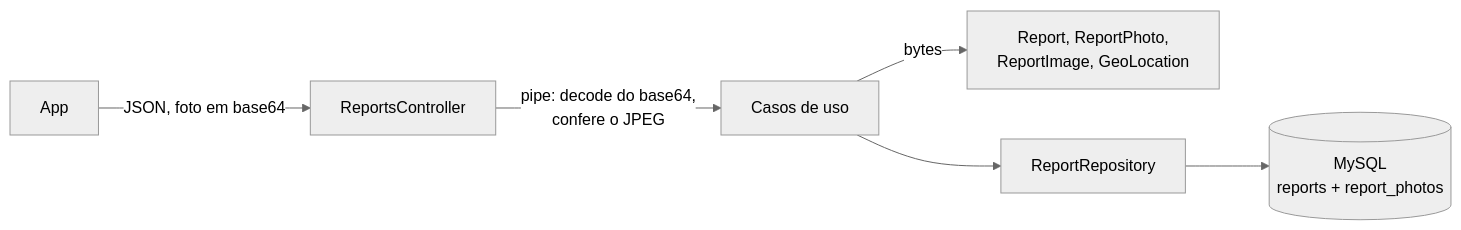
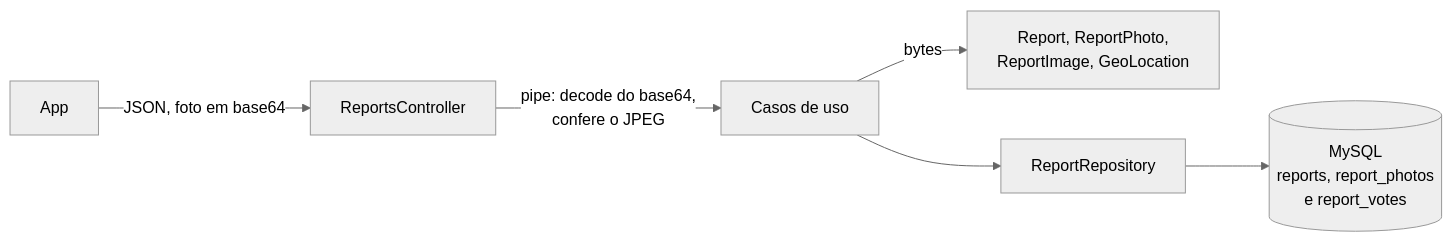
One commit to jgtsuchiya/projeto_integrador_reportaAiCm_backend changed the first of 4 diagrams in docs/REPORTS.md. Above: the diagram before and after it, drawn with Mermaid (neutral theme). The commit also changed other lines of this file and 60 other files, not shown here.

````diff
--- a/docs/REPORTS.md
+++ b/docs/REPORTS.md
@@ -25,8 +26,8 @@
 ```mermaid
 flowchart LR
     APP[App] -- "JSON, foto em base64" --> C[ReportsController]
     C -- "pipe: decode do base64,<br/>confere o JPEG" --> UC[Casos de uso]
     UC -- bytes --> D["Report, ReportPhoto,<br/>ReportImage, GeoLocation"]
     UC --> R[ReportRepository]
-    R --> DB[("MySQL<br/>reports + report_photos")]
+    R --> DB[("MySQL<br/>reports, report_photos<br/>e report_votes")]
 ```
````
